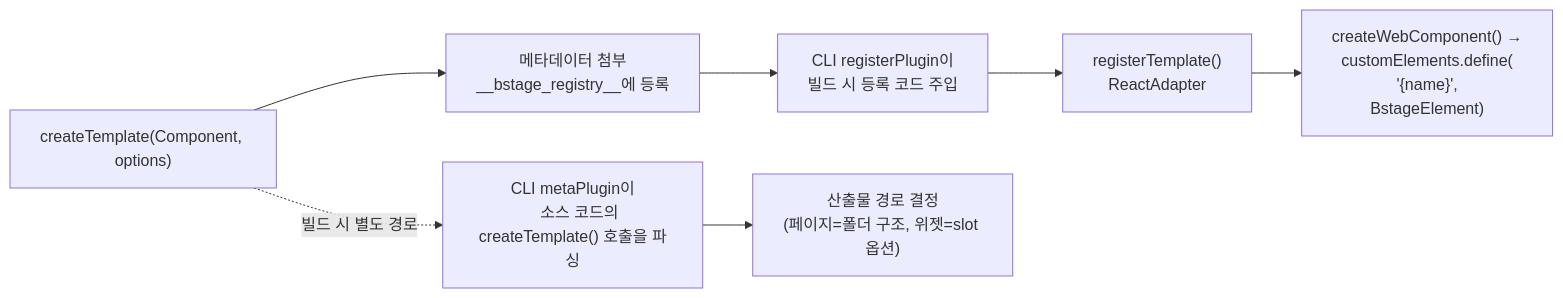
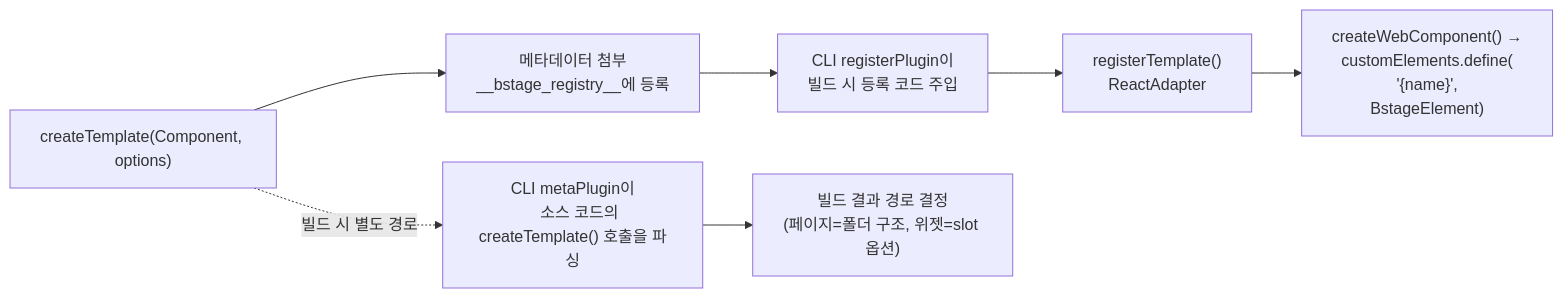
One commit to bstage-sdk/web-sdk changed the second of 5 diagrams in docs/SDK_ARCHITECTURE.md. Above: the diagram before and after it, drawn with Mermaid. The commit also changed other lines of this file and 109 other files, not shown here.

````diff
--- a/docs/SDK_ARCHITECTURE.md
+++ b/docs/SDK_ARCHITECTURE.md
@@ -162,16 +162,16 @@
 ```mermaid
 flowchart LR
   A["createTemplate(Component, options)"] --> B["메타데이터 첨부
     __bstage_registry__에 등록"]
   B --> C["CLI registerPlugin이
     빌드 시 등록 코드 주입"]
   C --> D["registerTemplate()
     ReactAdapter"]
   D --> F["createWebComponent() →
     customElements.define(
     '{name}',
     BstageElement)"]
   A -. "빌드 시 별도 경로" .-> G["CLI metaPlugin이
     소스 코드의 createTemplate() 호출을 파싱"]
-  G --> H["산출물 경로 결정<br/>(페이지=폴더 구조, 위젯=slot 옵션)"]
+  G --> H["빌드 결과 경로 결정<br/>(페이지=폴더 구조, 위젯=slot 옵션)"]
 ```
````
